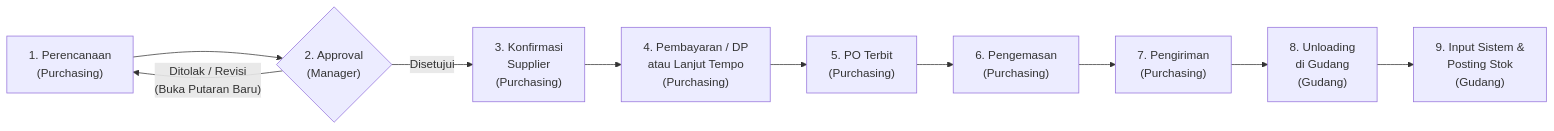
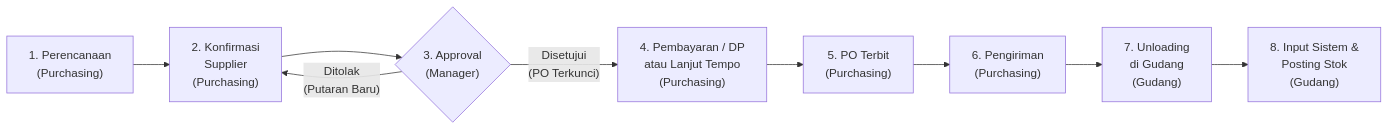
One commit to itdevelopmenths/production-lab-online-hs changed the third of 5 diagrams in DOKUMENTASI_FLOW_BISNIS.md. Above: the diagram before and after it, drawn with Mermaid. The commit also changed other lines of this file and 33 other files, not shown here.

````diff
--- a/DOKUMENTASI_FLOW_BISNIS.md
+++ b/DOKUMENTASI_FLOW_BISNIS.md
@@ -219,12 +220,11 @@
 ```mermaid
 flowchart LR
-    S1["1. Perencanaan\n(Purchasing)"] --> S2{"2. Approval\n(Manager)"}
-    S2 -- "Disetujui" --> S3["3. Konfirmasi\nSupplier\n(Purchasing)"]
-    S2 -- "Ditolak / Revisi\n(Buka Putaran Baru)" --> S1
-    S3 --> S4["4. Pembayaran / DP\natau Lanjut Tempo\n(Purchasing)"]
+    S1["1. Perencanaan\n(Purchasing)"] --> S2["2. Konfirmasi\nSupplier\n(Purchasing)"]
+    S2 --> S3{"3. Approval\n(Manager)"}
+    S3 -- "Ditolak\n(Putaran Baru)" --> S2
+    S3 -- "Disetujui\n(PO Terkunci)" --> S4["4. Pembayaran / DP\natau Lanjut Tempo\n(Purchasing)"]
     S4 --> S5["5. PO Terbit\n(Purchasing)"]
-    S5 --> S6["6. Pengemasan\n(Purchasing)"]
-    S6 --> S7["7. Pengiriman\n(Purchasing)"]
-    S7 --> S8["8. Unloading\ndi Gudang\n(Gudang)"]
-    S8 --> S9["9. Input Sistem &\nPosting Stok\n(Gudang)"]
+    S5 --> S6["6. Pengiriman\n(Purchasing)"]
+    S6 --> S7["7. Unloading\ndi Gudang\n(Gudang)"]
+    S7 --> S8["8. Input Sistem &\nPosting Stok\n(Gudang)"]
 ```
````
